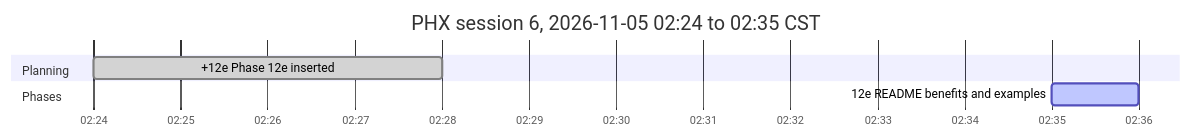
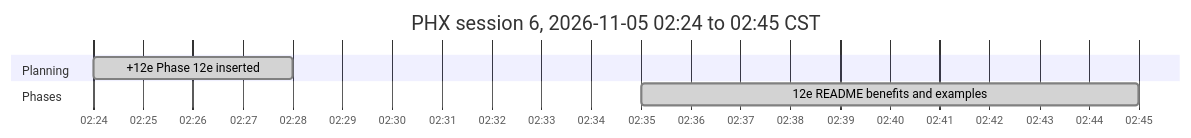
The sixth of 6 diagrams in docs/PHX_FINAL-REPORT.md (antonizick/PhaseHypervisor), drawn with Mermaid before and after one commit. The commit also changed other lines of this file and 2 other files, not shown here.

Commit message:
docs(plan): refresh timeline

````diff
--- a/docs/PHX_FINAL-REPORT.md
+++ b/docs/PHX_FINAL-REPORT.md
@@ -162,10 +162,10 @@
 ```mermaid
 gantt
-    title PHX session 6, 2026-11-05 02:24 to 02:35 CST
+    title PHX session 6, 2026-11-05 02:24 to 02:45 CST
     dateFormat YYYY-MM-DD HH:mm
     axisFormat %H:%M
     section Planning
     +12e Phase 12e inserted :done, plan4, 2026-11-05 02:24, 2026-11-05 02:28
     section Phases
-    12e README benefits and examples :active, p12es6, 2026-11-05 02:35, 2026-11-05 02:36
+    12e README benefits and examples :done, p12es6, 2026-11-05 02:35, 2026-11-05 02:45
 ```
````
